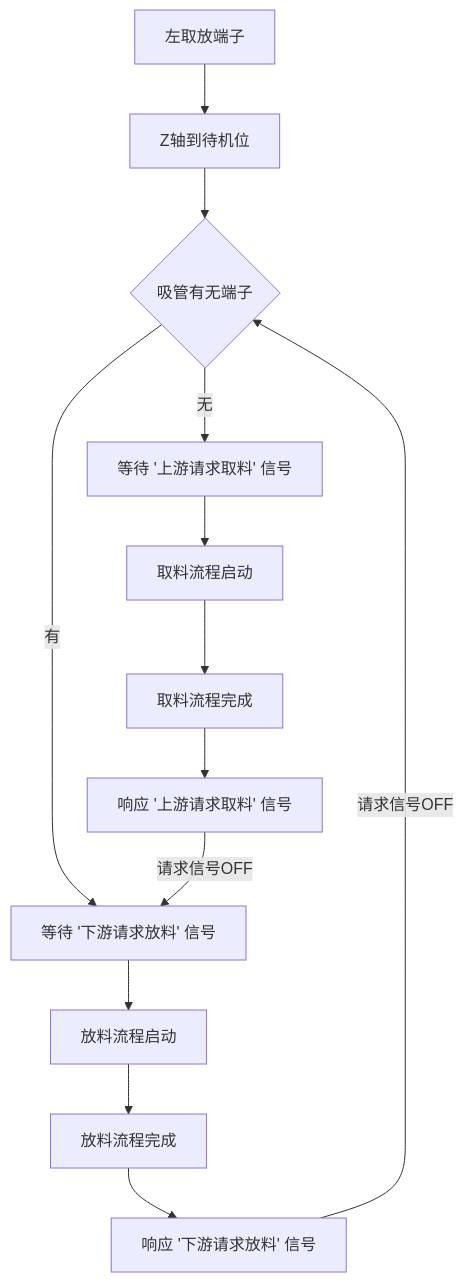
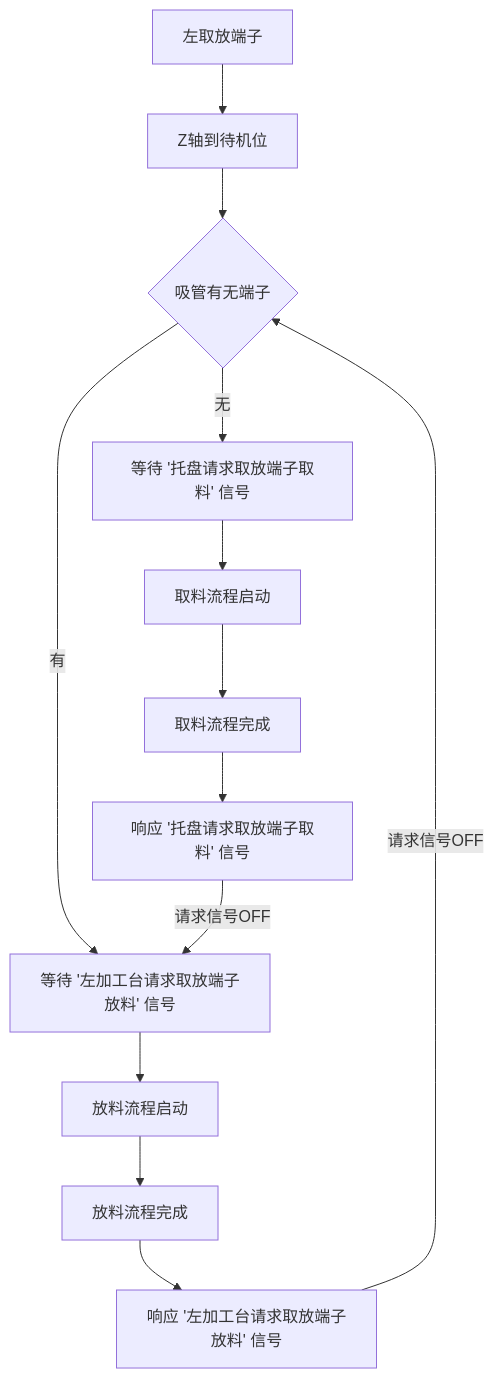
One commit to zmq000/iodraw-files changed the diagram in all/VR-OP90左取放端子.md. Above: the diagram before and after it, drawn with Mermaid.

Commit message:
2026-06-18 11:48:26 update

````diff
--- a/all/VR-OP90左取放端子.md
+++ b/all/VR-OP90左取放端子.md
@@ -1,16 +1,16 @@
 ```mermaid
 graph TD
 0[左取放端子]-->10
 10[Z轴到待机位]-->20
 20{吸管有无端子}-->|有|80
 20-->|无|30
 
-30[等待 '上游请求取料' 信号]-->40
+30[等待 '托盘请求取放端子取料' 信号]-->40
 40[取料流程启动]-->50
 50[取料流程完成]-->60
-60[响应 '上游请求取料' 信号]-->|请求信号OFF|80
-80[等待 '下游请求放料' 信号]-->90
+60[响应 '托盘请求取放端子取料' 信号]-->|请求信号OFF|80
+80[等待 '左加工台请求取放端子放料' 信号]-->90
 90[放料流程启动]-->100
 100[放料流程完成]-->110
-110[响应 '下游请求放料' 信号]-->|请求信号OFF|20
+110[响应 '左加工台请求取放端子放料' 信号]-->|请求信号OFF|20
 ```
````
